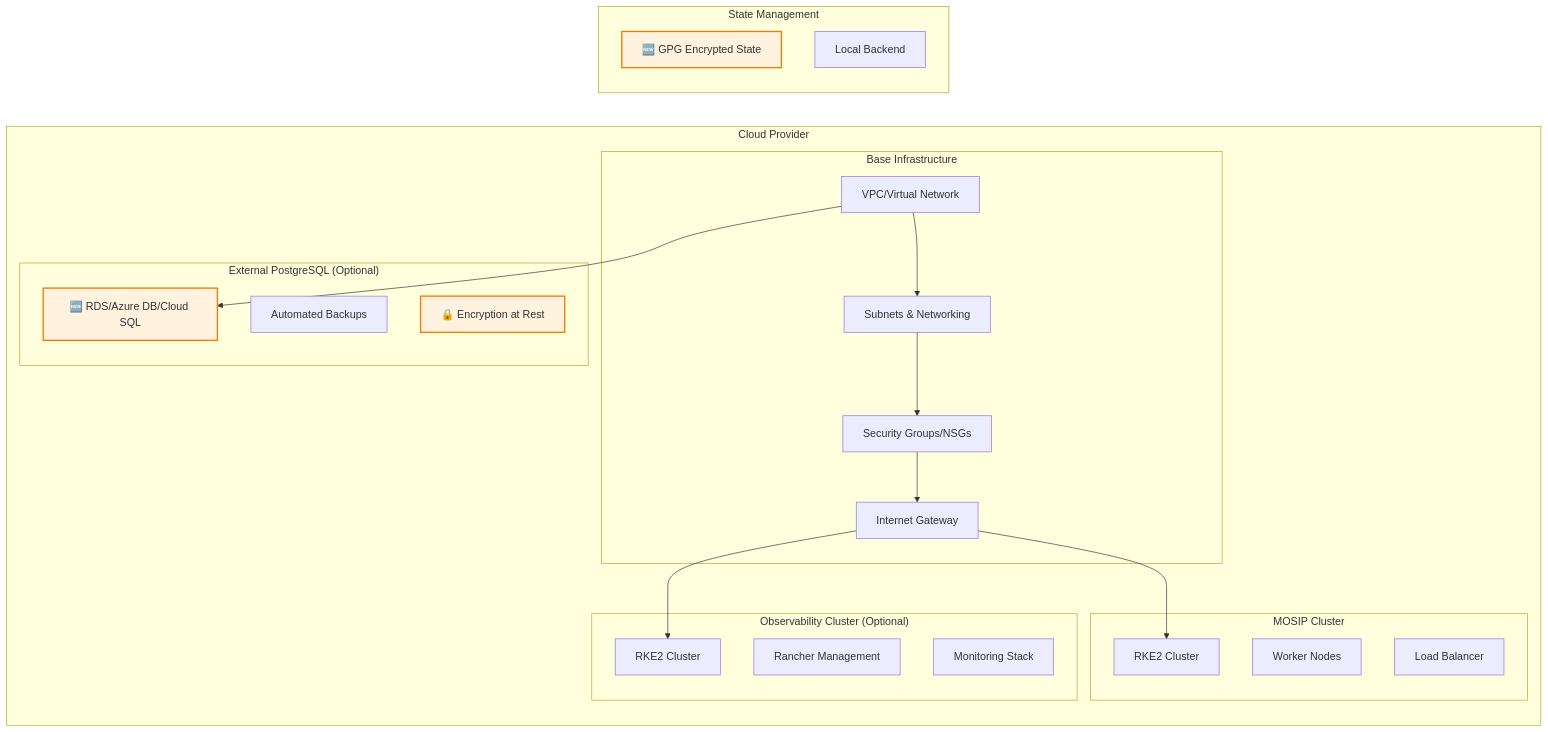
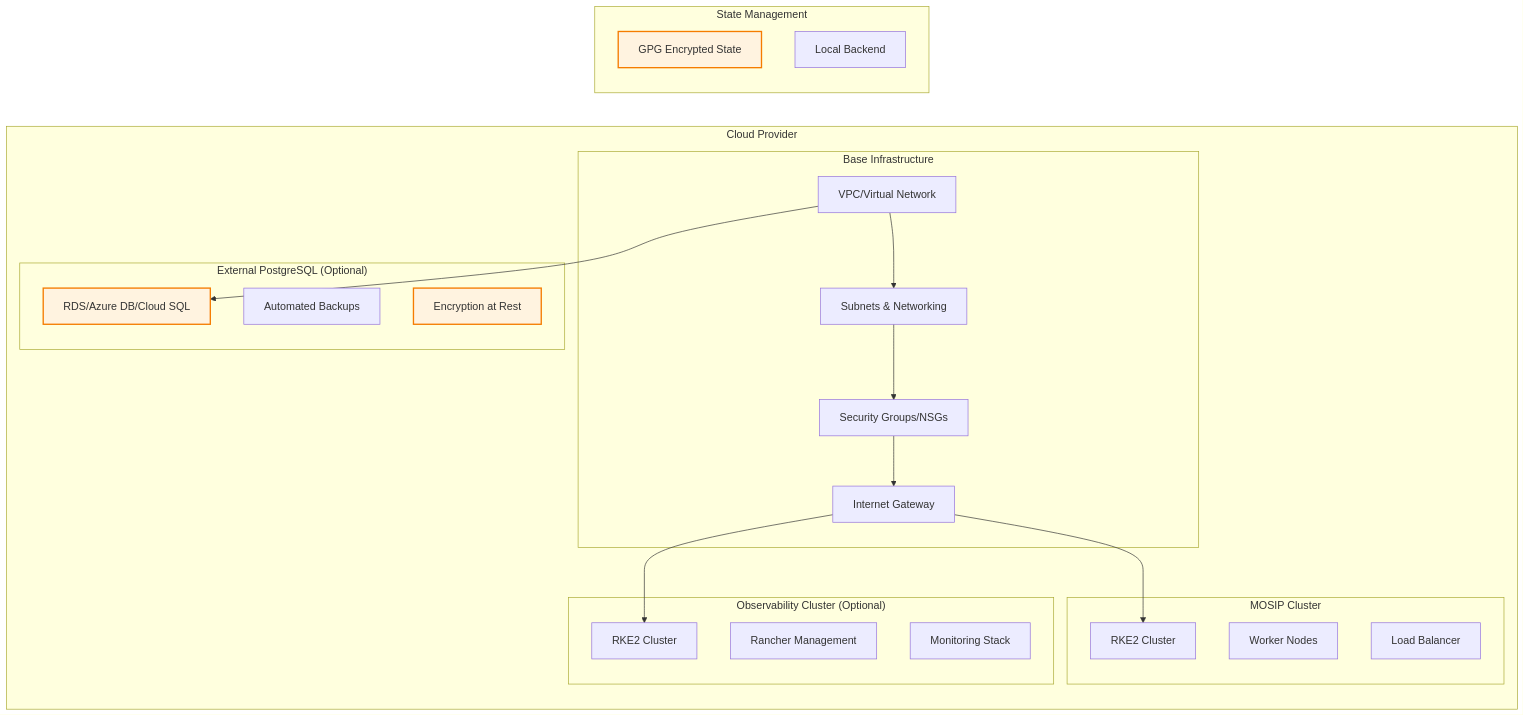
One commit to mosip/infra changed the second of 7 diagrams in docs/RAPID_DEPLOYMENT_ARCHITECTURE.md. Above: the diagram before and after it, drawn with Mermaid. The commit also changed other lines of this file and 18 other files, not shown here.

````diff
--- a/docs/RAPID_DEPLOYMENT_ARCHITECTURE.md
+++ b/docs/RAPID_DEPLOYMENT_ARCHITECTURE.md
@@ -53,44 +72,44 @@
 ```mermaid
 graph LR
     subgraph "Cloud Provider"
         subgraph "Base Infrastructure"
             VPC[VPC/Virtual Network]
             NET[Subnets & Networking]
             SEC[Security Groups/NSGs]
             IGW[Internet Gateway]
         end
         
         subgraph "Observability Cluster (Optional)"
             RKE2_OBS[RKE2 Cluster]
             RANCHER[Rancher Management]
             MON[Monitoring Stack]
         end
         
         subgraph "MOSIP Cluster"
             RKE2_MOSIP[RKE2 Cluster]
             NODES[Worker Nodes]
             LB[Load Balancer]
         end
         
         subgraph "External PostgreSQL (Optional)"
-            RDS[🆕 RDS/Azure DB/Cloud SQL]
+            RDS[RDS/Azure DB/Cloud SQL]
             BACKUP[Automated Backups]
-            ENCRYPT[🔒 Encryption at Rest]
+            ENCRYPT[Encryption at Rest]
         end
     end
     
     subgraph "State Management"
-        GPG[🆕 GPG Encrypted State]
+        GPG[GPG Encrypted State]
         BACKEND[Local Backend]
     end
     
     VPC --> NET
     NET --> SEC
     SEC --> IGW
     IGW --> RKE2_OBS
     IGW --> RKE2_MOSIP
     VPC --> RDS
     
     classDef new fill:#fff3e0,stroke:#f57c00,stroke-width:2px
     class RDS,ENCRYPT,GPG new
 ```
````
